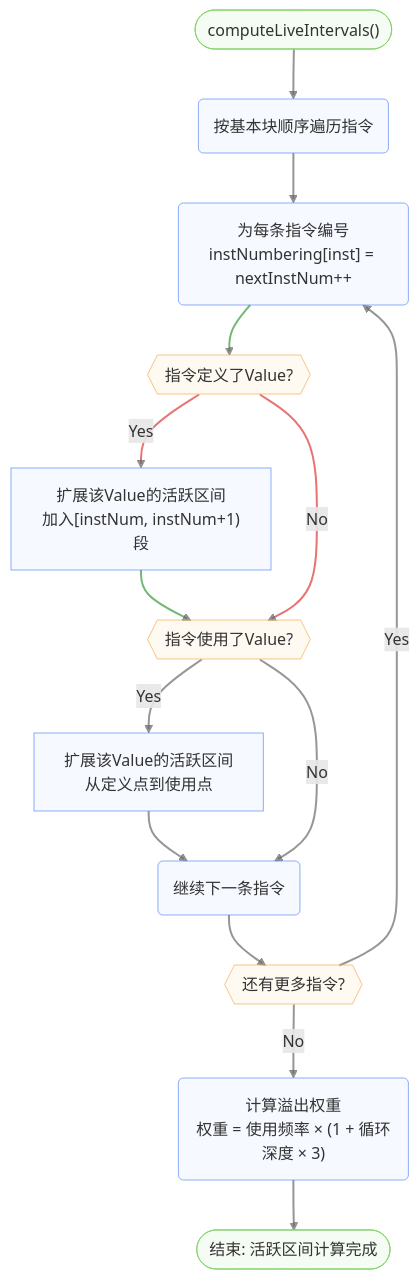
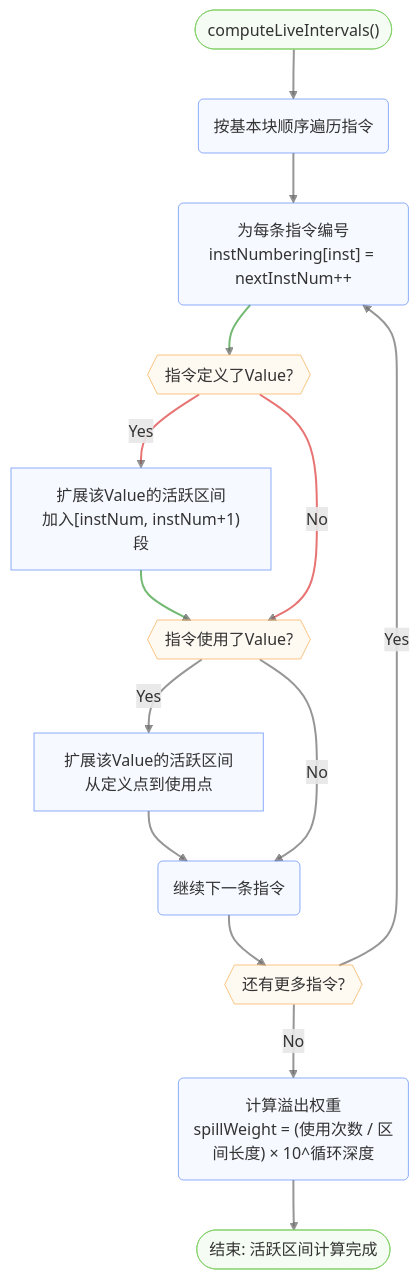
The third of 7 diagrams in docs/backend-regalloc.md (LLLLLLLLazy/compiler-lite), drawn with Mermaid before and after one commit. The commit also changed other lines of this file and 9 other files, not shown here.

````diff
--- a/docs/backend-regalloc.md
+++ b/docs/backend-regalloc.md
@@ -66,30 +66,30 @@
 ```mermaid
 flowchart TD
     Start(["computeLiveIntervals()"]) --> A1("按基本块顺序遍历指令")
     A1 --> A2("为每条指令编号<br>instNumbering[inst] = nextInstNum++")
     A2 --> A3{{"指令定义了Value?"}}
     A3 -- "Yes" --> A4["扩展该Value的活跃区间<br>加入[instNum, instNum+1)段"]
     A4 --> A5
     A3 -- "No" --> A5{{"指令使用了Value?"}}
     A5 -- "Yes" --> A6["扩展该Value的活跃区间<br>从定义点到使用点"]
     A6 --> A7
     A5 -- "No" --> A7("继续下一条指令")
     A7 --> A8{{"还有更多指令?"}}
     A8 -- "Yes" --> A2
-    A8 -- "No" --> A9("计算溢出权重<br>权重 = 使用频率 × (1 + 循环深度 × 3)")
+    A8 -- "No" --> A9("计算溢出权重<br>spillWeight = (使用次数 / 区间长度) × 10^循环深度")
     A9 --> End(["结束: 活跃区间计算完成"])
 
     %%Node styles
     classDef default fill:#E2EAFE4F,stroke:#5A88F6AF
     classDef endNode fill:#DDF4D84F,stroke:#7DCF62AF
     classDef decisionNode fill:#FCEBD34f,stroke:#F6AA4BAF
 
     %%Link styles
     linkStyle default stroke:#666666AF,stroke-width:2px
     linkStyle 2,4 stroke:#339933AF,stroke-width:2px
     linkStyle 3,5 stroke:#DD3333AF,stroke-width:2px
 
     %%Node classes
     class Start,End endNode
     class A3,A5,A8 decisionNode
 ```
````
